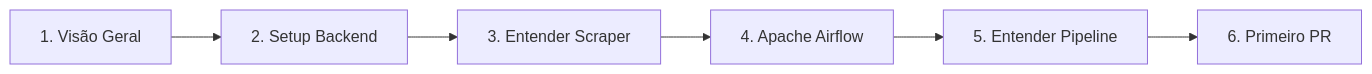
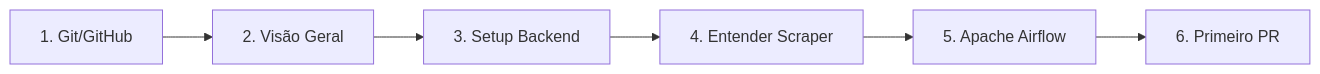
One commit to destaquesgovbr/docs changed the first of 2 diagrams in docs/onboarding/roteiro-onboarding.md. Above: the diagram before and after it, drawn with Mermaid. The commit also changed other lines of this file and 3 other files, not shown here.

First line of the commit message:
docs: add Git and GitHub onboarding documentation

````diff
--- a/docs/onboarding/roteiro-onboarding.md
+++ b/docs/onboarding/roteiro-onboarding.md
@@ -36,8 +48,8 @@
 ```mermaid
 flowchart LR
-    A[1. Visão Geral] --> B[2. Setup Backend]
-    B --> C[3. Entender Scraper]
-    C --> D[4. Apache Airflow]
-    D --> E[5. Entender Pipeline]
+    A[1. Git/GitHub] --> B[2. Visão Geral]
+    B --> C[3. Setup Backend]
+    C --> D[4. Entender Scraper]
+    D --> E[5. Apache Airflow]
     E --> F[6. Primeiro PR]
 ```
````
